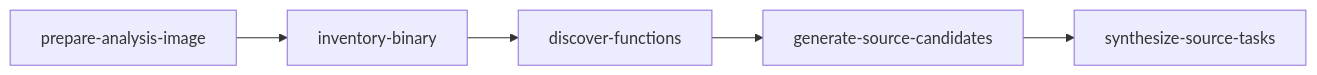
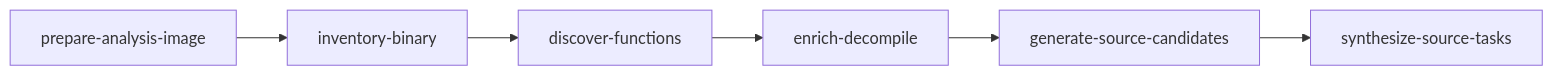
The diagram in docs/CRITICAL_PATH.md (bolabaden/AgentDecompile), drawn with Mermaid before and after one commit. The commit also changed other lines of this file and 104 other files, not shown here.

````diff
--- a/docs/CRITICAL_PATH.md
+++ b/docs/CRITICAL_PATH.md
@@ -9,8 +11,8 @@
 ```mermaid
-
 flowchart LR
   A[prepare-analysis-image] --> B[inventory-binary]
   B --> C[discover-functions]
-  C --> D[generate-source-candidates]
+  C --> E0[enrich-decompile]
+  E0 --> D[generate-source-candidates]
   D --> E[synthesize-source-tasks]
 ```
````
